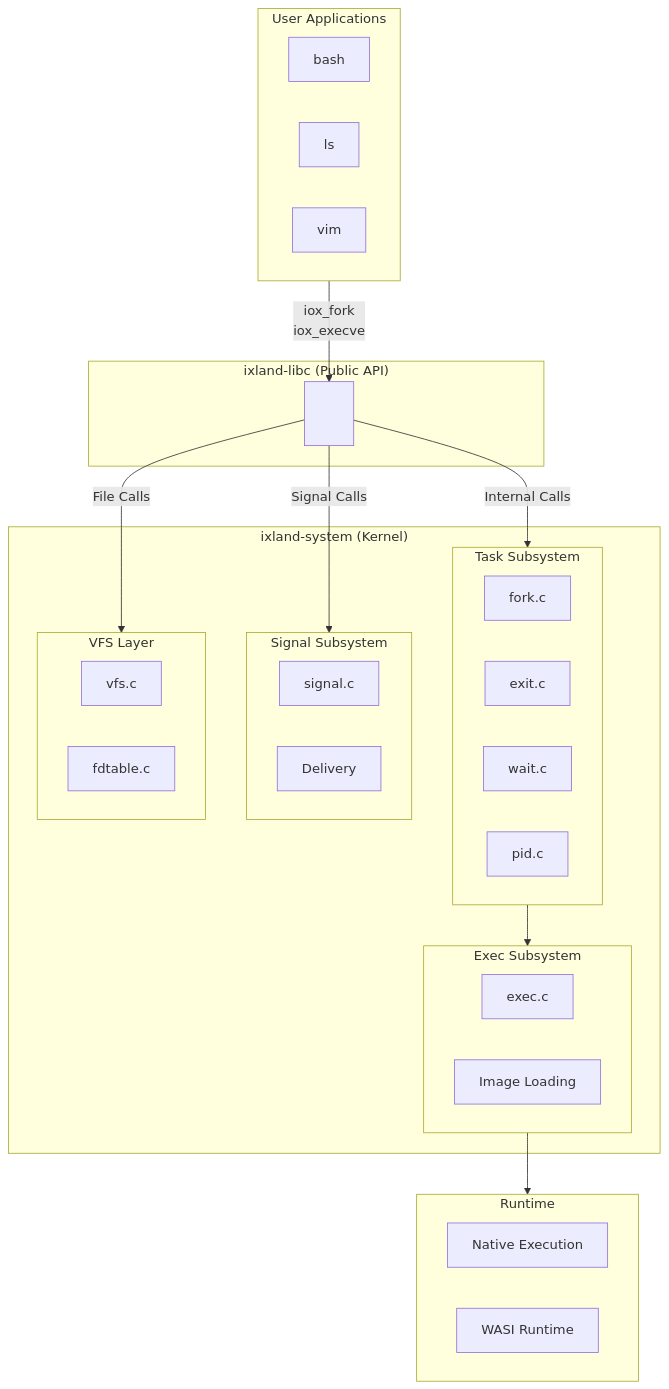
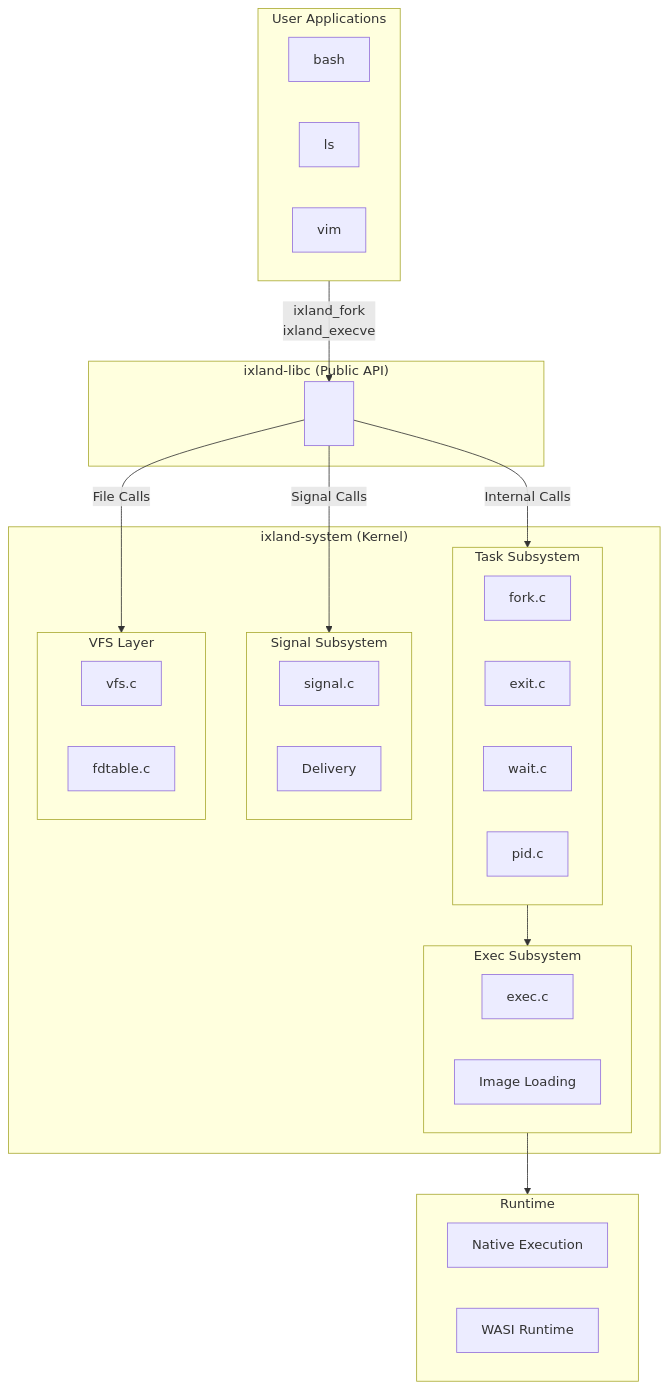
Before and after one commit to rudironsoni/ixland: the fifth of 6 diagrams in docs/MISSION_SUMMARY.md, drawn with Mermaid. The commit also changed other lines of this file and 268 other files, not shown here.

Commit message:
refactor(naming): migrate remaining iox identifiers to ixland

````diff
--- a/docs/MISSION_SUMMARY.md
+++ b/docs/MISSION_SUMMARY.md
@@ -198,48 +198,48 @@
 ```mermaid
 flowchart TB
     subgraph Userspace["User Applications"]
         Bash["bash"]
         Ls["ls"]
         Vim["vim"]
     end
 
     subgraph libc["ixland-libc (Public API)"]
-        PubHeaders["<iox/iox.h><br/><iox/iox_types.h><br/><iox/iox_syscalls.h>"]
+        PubHeaders["<ixland/ixland.h><br/><ixland/ixland_types.h><br/><ixland/ixland_syscalls.h>"]
     end
 
     subgraph System["ixland-system (Kernel)"]
         subgraph Task["Task Subsystem"]
             Fork["fork.c"]
             Exit["exit.c"]
             Wait["wait.c"]
             Pid["pid.c"]
         end
 
         subgraph Signal["Signal Subsystem"]
             SigHandle["signal.c"]
             SigDelivery["Delivery"]
         end
 
         subgraph VFS["VFS Layer"]
             VfsCore["vfs.c"]
             Fdtable["fdtable.c"]
         end
 
         subgraph Exec["Exec Subsystem"]
             ExecCore["exec.c"]
             Image["Image Loading"]
         end
     end
 
     subgraph Runtime["Runtime"]
         Native["Native Execution"]
         WASI["WASI Runtime"]
     end
 
-    Userspace -->|iox_fork<br/>iox_execve| PubHeaders
+    Userspace -->|ixland_fork<br/>ixland_execve| PubHeaders
     PubHeaders -->|Internal Calls| Task
     PubHeaders -->|Signal Calls| Signal
     PubHeaders -->|File Calls| VFS
     Task --> Exec
     Exec --> Runtime
 ```
````
